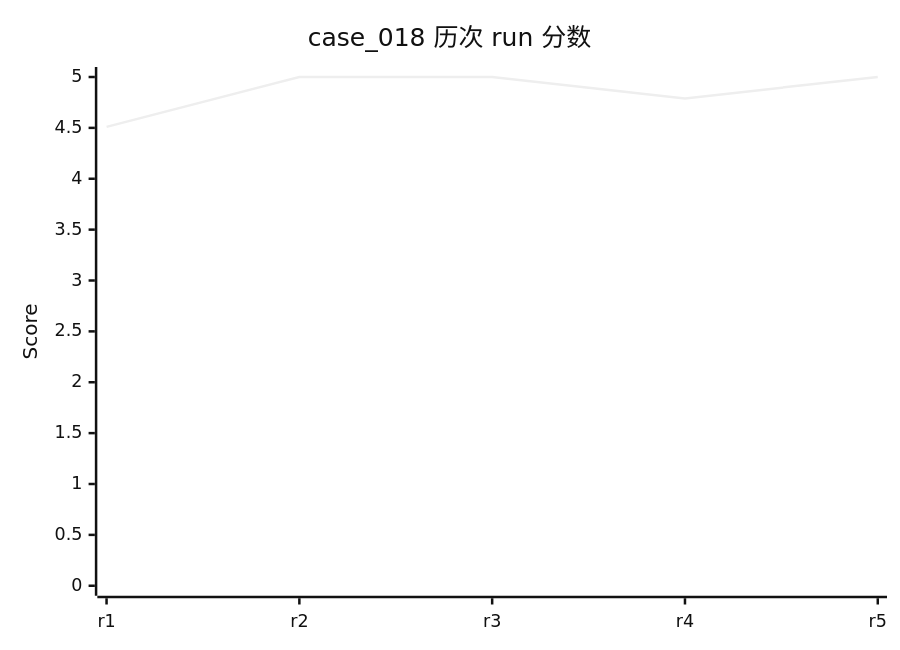
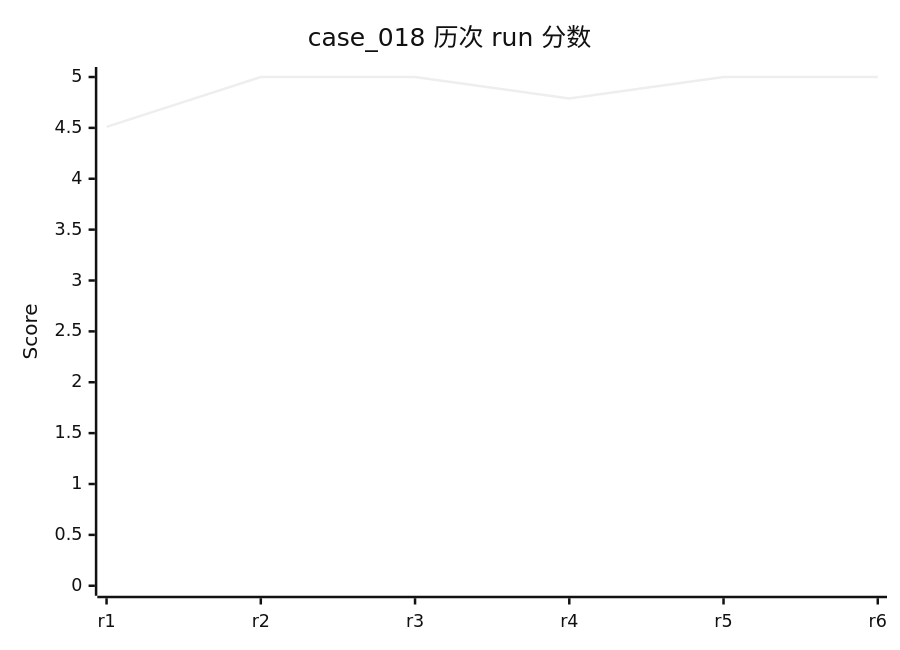
Before and after one commit to rushengzhou/sid-code: diagram 22 of 58 in evals/DASHBOARD.md, drawn with Mermaid (neutral theme). The commit also changed other lines of this file and 108 other files, not shown here.

````diff
--- a/evals/DASHBOARD.md
+++ b/evals/DASHBOARD.md
@@ -497,7 +498,7 @@
 ```mermaid
 xychart-beta
     title "case_018 历次 run 分数"
-    x-axis [r1, r2, r3, r4, r5]
+    x-axis [r1, r2, r3, r4, r5, r6]
     y-axis "Score" 0 --> 5
-    line [4.51, 5.00, 5.00, 4.79, 5.00]
+    line [4.51, 5.00, 5.00, 4.79, 5.00, 5.00]
 ```
````
